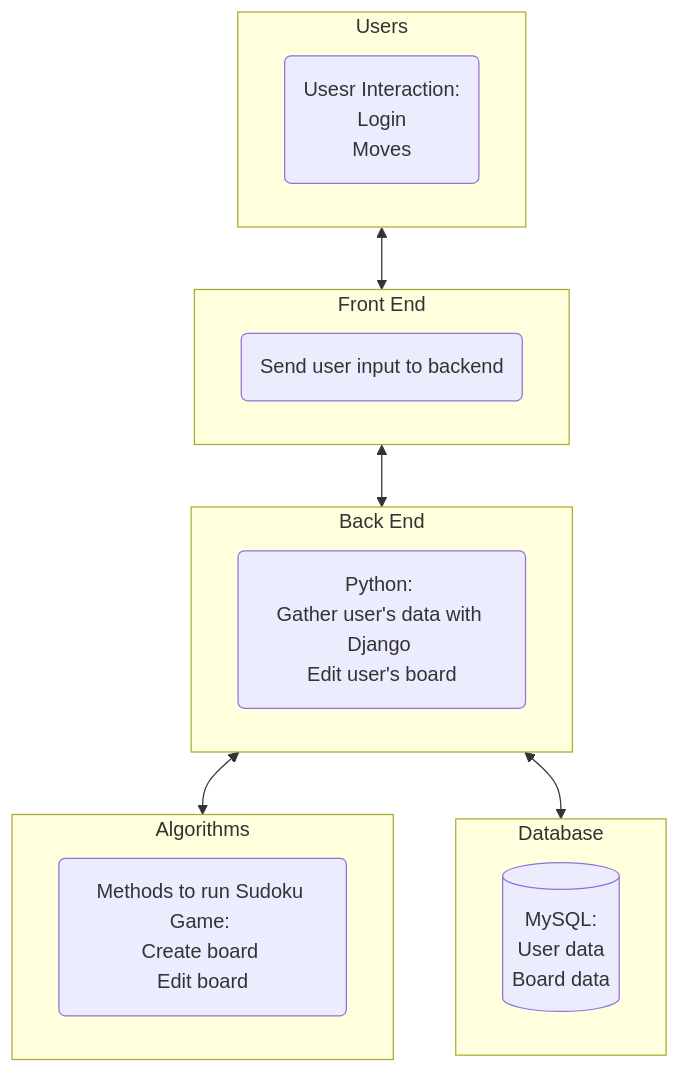
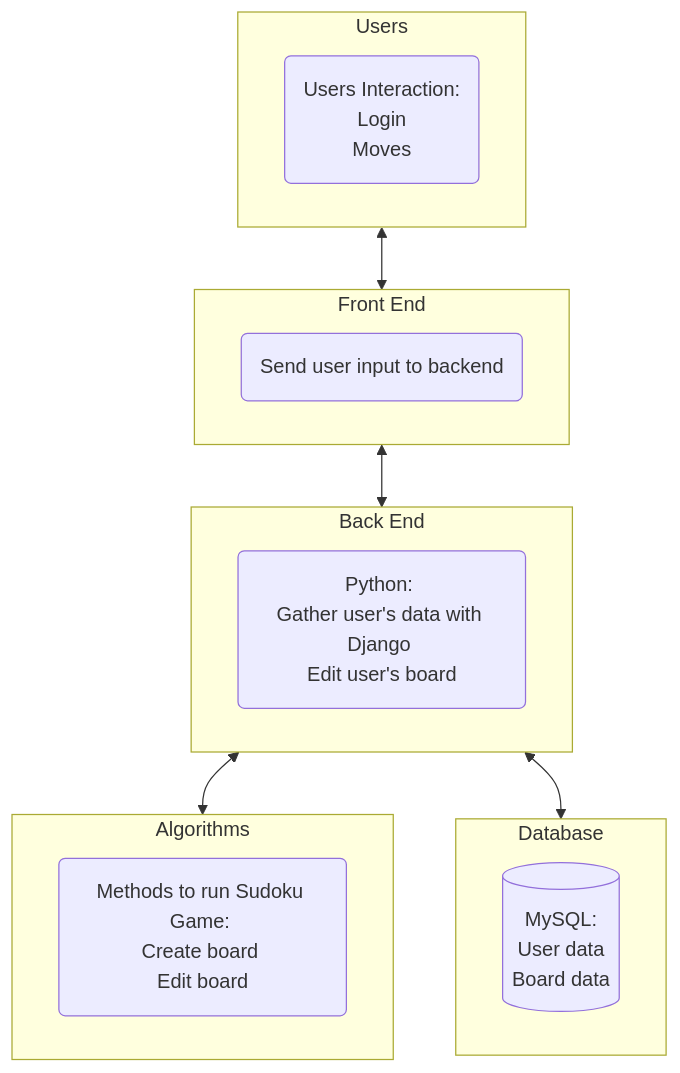
One commit to ClearCrystals/LogicLuminaries changed the diagram in documentation/System Architecture.md. Above: the diagram before and after it, drawn with Mermaid.

Commit message:
Update System Architecture.md

````diff
--- a/documentation/System Architecture.md
+++ b/documentation/System Architecture.md
@@ -3,27 +3,27 @@
 ```mermaid
 flowchart TD
 subgraph one [Users]
-    A(Usesr Interaction: \nLogin \nMoves)
+    A(Users Interaction: \nLogin \nMoves)
 end
 
 subgraph two [Front End]
 	B(Send user input to backend)
 end
 	
 subgraph three [Back End]
 	C(Python: \nGather user's data with Django \nEdit user's board)
 end
 
 subgraph four [Algorithms]
     D(Methods to run Sudoku Game: \nCreate board \nEdit board)
 end
 
 subgraph five [Database]
 	E[(MySQL: \nUser data \nBoard data)]
 end
 
 one <--> two
 two <--> three
 three <--> four
 three <--> five
 ```
````
